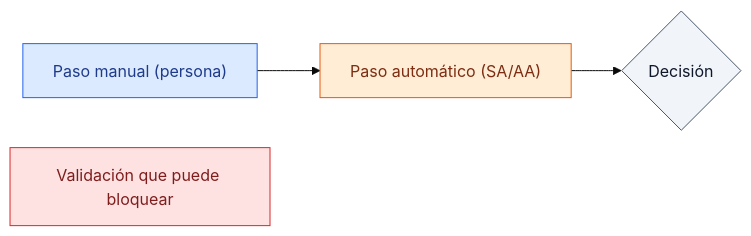
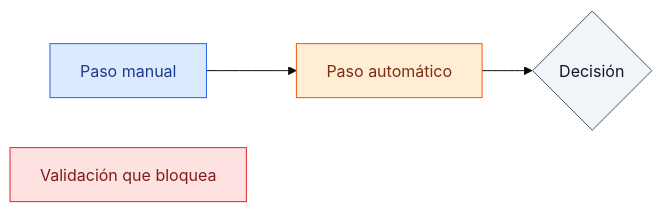
The first of 18 diagrams in maintenance_plan/PROCESOS_Y_FLUJOS.md (dcuerowe/odoo_con_mantenciones), drawn with Mermaid (base theme) before and after one commit. The commit also changed other lines of this file and 1 other file, not shown here.

````diff
--- a/maintenance_plan/PROCESOS_Y_FLUJOS.md
+++ b/maintenance_plan/PROCESOS_Y_FLUJOS.md
@@ -30,12 +30,12 @@
 ```mermaid
 flowchart LR
-    M["Paso manual (persona)"]:::manual
-    A["Paso automático (SA/AA)"]:::auto
-    V["Validación que puede bloquear"]:::val
+    M["Paso manual"]:::manual
+    A["Paso automático"]:::auto
+    V["Validación que bloquea"]:::val
     D{"Decisión"}:::dec
     M --> A --> D
     classDef manual fill:#dbeafe,stroke:#2563eb,color:#1e3a8a;
     classDef auto fill:#ffedd5,stroke:#ea580c,color:#7c2d12;
     classDef val fill:#fee2e2,stroke:#dc2626,color:#7f1d1d;
     classDef dec fill:#f1f5f9,stroke:#475569,color:#0f172a;
 ```
````
